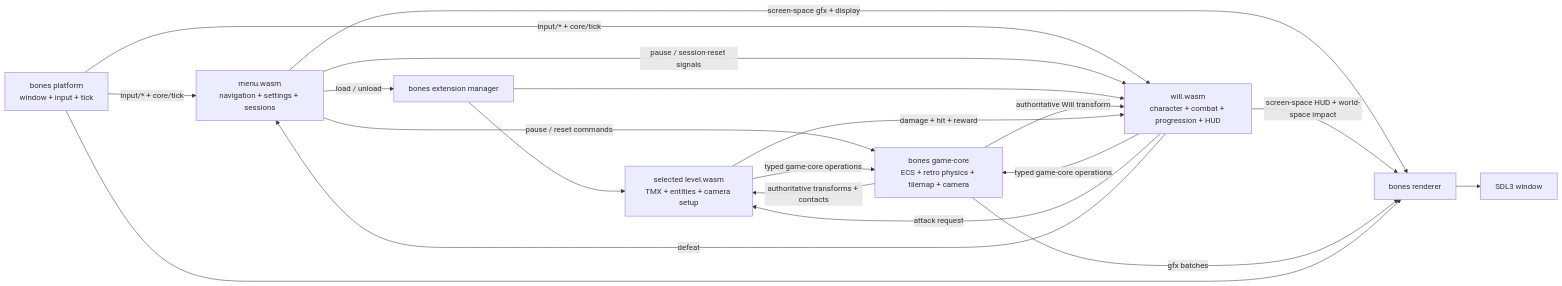
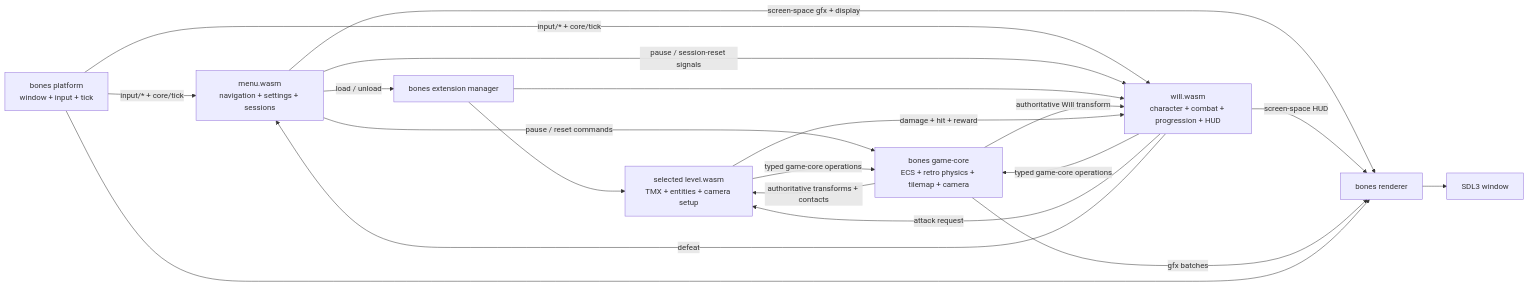
The diagram in docs/architecture.md (an-dr/artificial-will-game-v2), drawn with Mermaid before and after one commit. The commit also changed other lines of this file and 8 other files, not shown here.

````diff
--- a/docs/architecture.md
+++ b/docs/architecture.md
@@ -10,22 +10,22 @@
 ```mermaid
 flowchart LR
     Platform["bones platform<br/>window + input + tick"] -->|"input/* + core/tick"| Menu
     Platform -->|"input/* + core/tick"| Will
     Menu["menu.wasm<br/>navigation + settings + sessions"] -->|"load / unload"| Manager["bones extension manager"]
     Menu -->|"screen-space gfx + display"| Renderer
     Menu -->|"pause / reset commands"| GameCore
     Menu -->|"pause / session-reset signals"| Will
     Manager --> Level["selected level.wasm<br/>TMX + entities + camera setup"]
     Manager --> Will
     Level["selected level.wasm<br/>TMX + entities + camera setup"] -->|"typed game-core operations"| GameCore
     GameCore -->|"authoritative transforms + contacts"| Level
     GameCore -->|"authoritative Will transform"| Will
     Will["will.wasm<br/>character + combat + progression + HUD"] -->|"typed game-core operations"| GameCore
     Will -->|"attack request"| Level
     Level -->|"damage + hit + reward"| Will
     Will -->|"defeat"| Menu
-    Will -->|"screen-space HUD + world-space impact"| Renderer
+    Will -->|"screen-space HUD"| Renderer
     GameCore["bones game-core<br/>ECS + retro physics + tilemap + camera"] -->|"gfx batches"| Renderer
     Renderer["bones renderer"] --> Window["SDL3 window"]
     Platform --> Renderer
 ```
````
